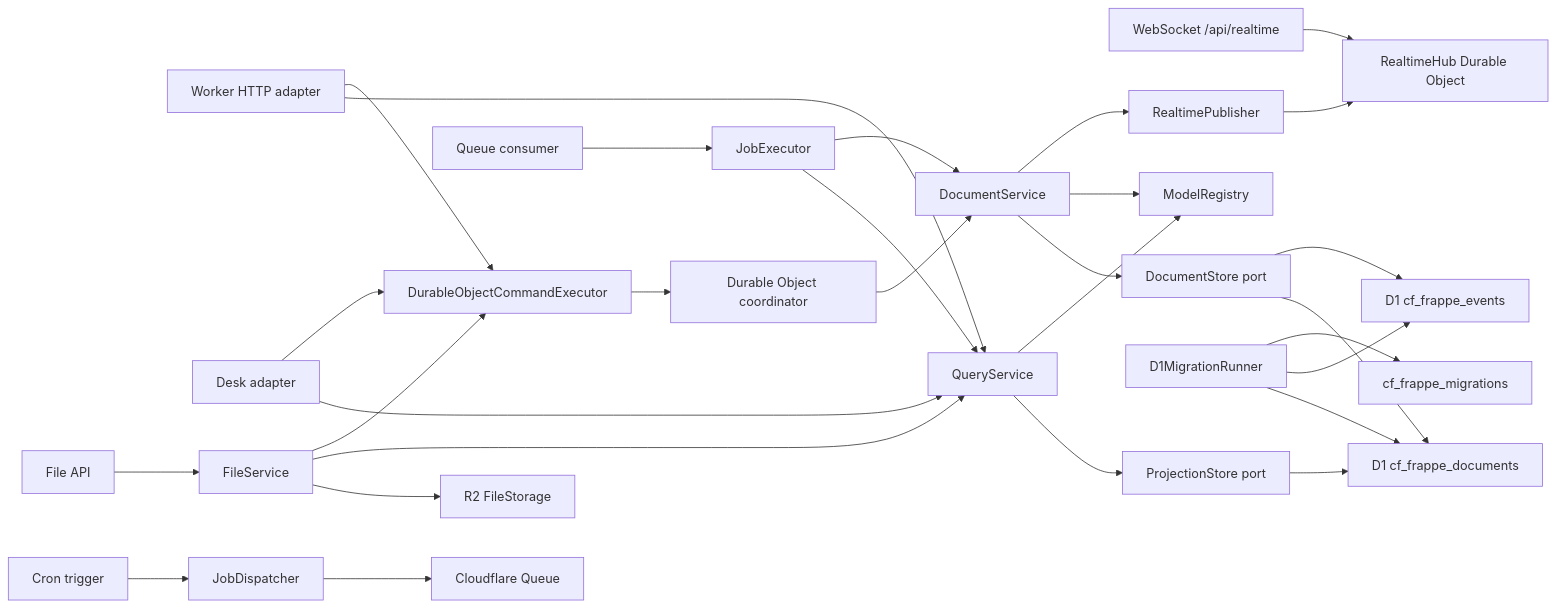
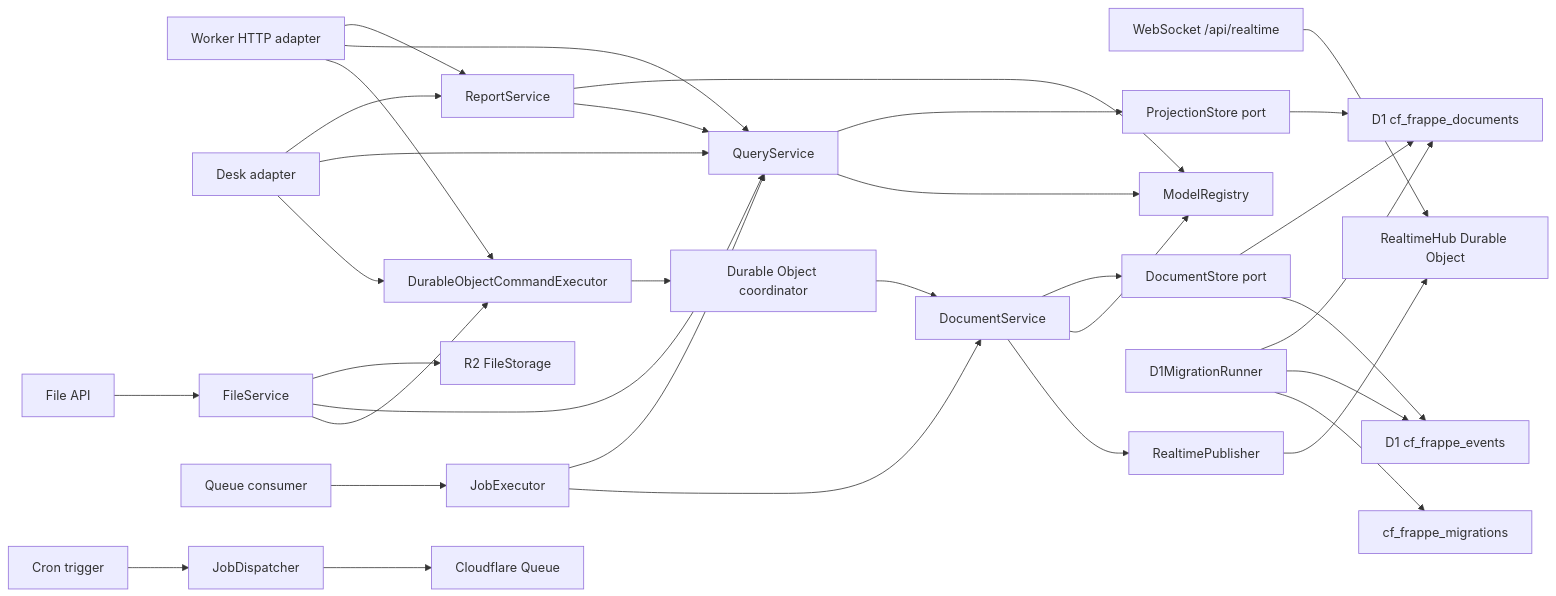
The diagram in README.md (victor-develop/cf-frappe), drawn with Mermaid before and after one commit. The commit also changed other lines of this file and 21 other files, not shown here.

````diff
--- a/README.md
+++ b/README.md
@@ -321,31 +352,35 @@
 ```mermaid
 flowchart LR
   HTTP["Worker HTTP adapter"] --> DOCLIENT["DurableObjectCommandExecutor"]
   DESK["Desk adapter"] --> DOCLIENT
   DESK --> QUERY
+  DESK --> REPORTS
   CRON["Cron trigger"] --> JOBS["JobDispatcher"]
   QUEUE["Queue consumer"] --> EXEC["JobExecutor"]
   FILES["File API"] --> FSVC["FileService"]
   FSVC --> DOCLIENT
   FSVC --> QUERY
   FSVC --> R2["R2 FileStorage"]
   WS["WebSocket /api/realtime"] --> RTHUB["RealtimeHub Durable Object"]
   APP --> RT["RealtimePublisher"]
   RT --> RTHUB
   JOBS --> CFQ["Cloudflare Queue"]
   EXEC --> APP
   EXEC --> QUERY
   DOCLIENT --> DO["Durable Object coordinator"]
   DO --> APP["DocumentService"]
   HTTP --> QUERY["QueryService"]
+  HTTP --> REPORTS["ReportService"]
+  REPORTS --> QUERY
+  REPORTS --> REG
   APP --> REG["ModelRegistry"]
   QUERY --> REG
   APP --> STORE["DocumentStore port"]
   MIG["D1MigrationRunner"] --> D1M["cf_frappe_migrations"]
   MIG --> D1E
   MIG --> D1P
   QUERY --> PS["ProjectionStore port"]
   STORE --> D1E["D1 cf_frappe_events"]
   STORE --> D1P["D1 cf_frappe_documents"]
   PS --> D1P
 ```
````
